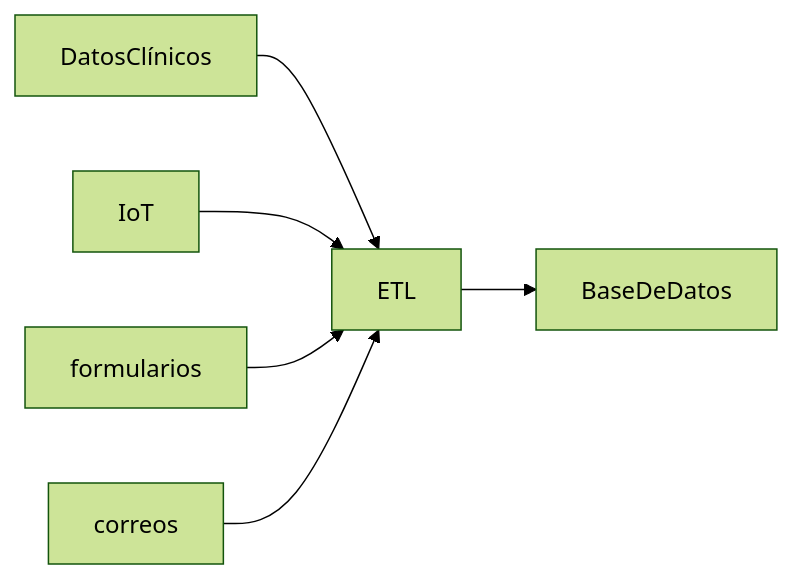
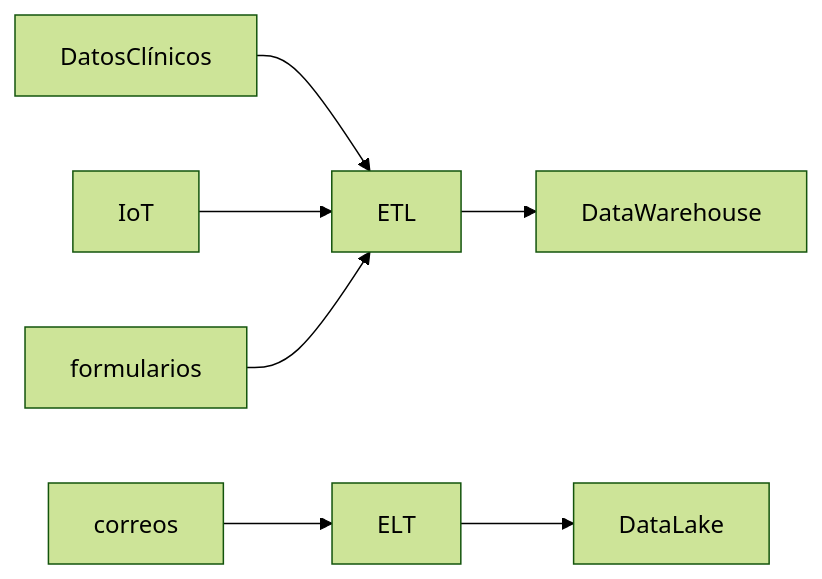
Before and after one commit to git-jrm/ing-datos-M5: the first of 5 diagrams in README.md, drawn with Mermaid (forest theme). The commit also changed other lines of this file, not shown here.

````diff
--- a/README.md
+++ b/README.md
@@ -41,8 +41,9 @@
 ```mermaid
 graph LR;
   DatosClínicos-->ETL;
   IoT-->ETL;
   formularios-->ETL;
-  correos-->ETL;
-  ETL-->BaseDeDatos;
+  correos-->ELT;
+  ETL-->DataWarehouse;
+  ELT-->DataLake;
 ```
````
